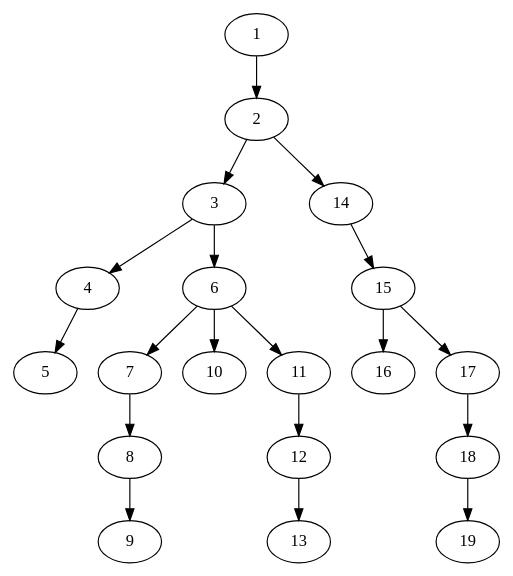
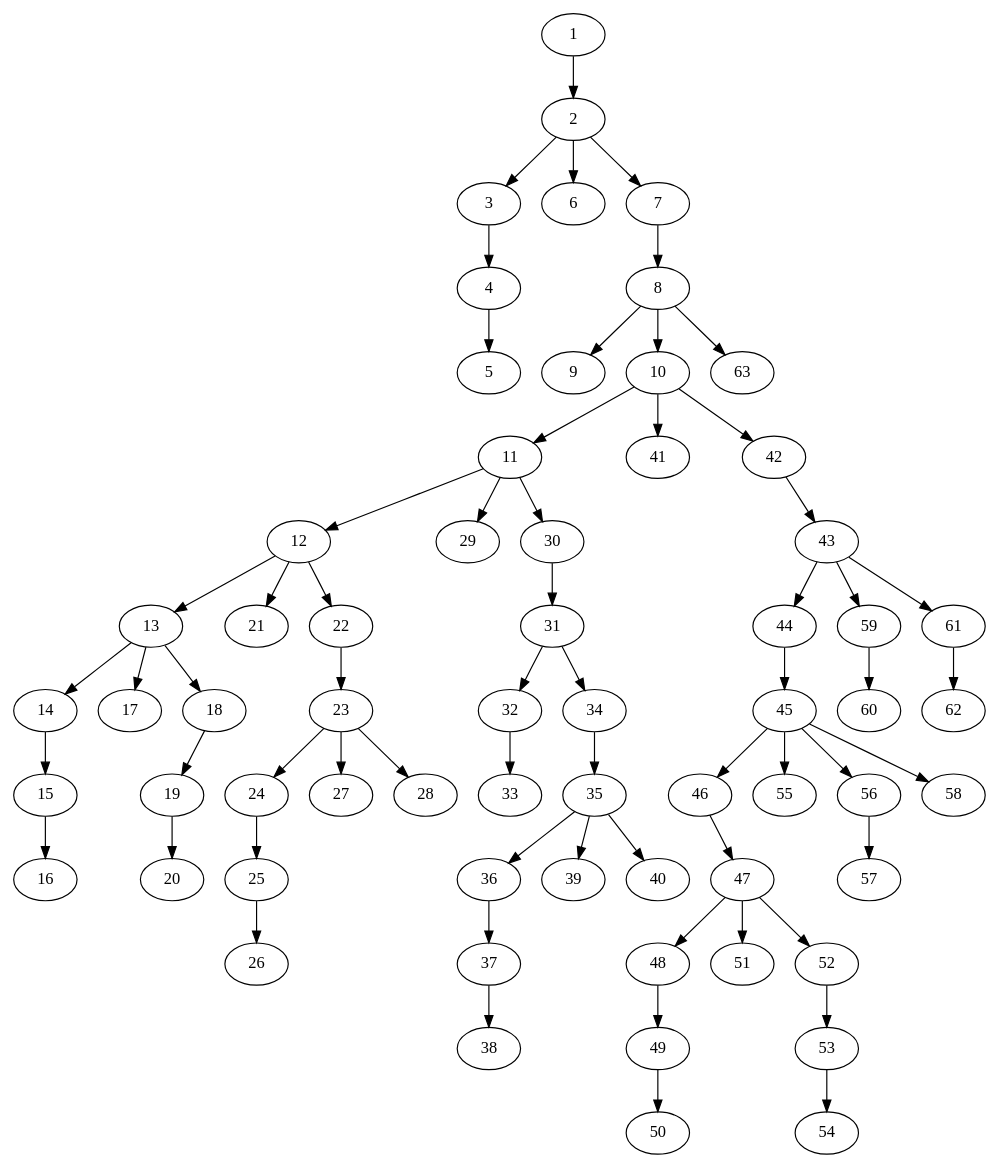
Before and after one commit to Ajax12345/caspian-lang: the diagram in caspian/src/ast_stuff.dot, drawn with Graphviz. The commit also changed 3 other files, not shown here.

```diff
--- a/caspian/src/ast_stuff.dot
+++ b/caspian/src/ast_stuff.dot
@@ -1,20 +1,64 @@
 strict digraph "" {
 	1 -> 2;
 	2 -> 3;
-	2 -> 14;
+	2 -> 6;
+	2 -> 7;
 	3 -> 4;
-	3 -> 6;
 	4 -> 5;
-	6 -> 7;
-	6 -> 10;
-	6 -> 11;
 	7 -> 8;
 	8 -> 9;
+	8 -> 10;
+	8 -> 63;
+	10 -> 11;
+	10 -> 41;
+	10 -> 42;
 	11 -> 12;
+	11 -> 29;
+	11 -> 30;
 	12 -> 13;
+	12 -> 21;
+	12 -> 22;
+	13 -> 14;
+	13 -> 17;
+	13 -> 18;
 	14 -> 15;
 	15 -> 16;
-	15 -> 17;
-	17 -> 18;
 	18 -> 19;
+	19 -> 20;
+	22 -> 23;
+	23 -> 24;
+	23 -> 27;
+	23 -> 28;
+	24 -> 25;
+	25 -> 26;
+	30 -> 31;
+	31 -> 32;
+	31 -> 34;
+	32 -> 33;
+	34 -> 35;
+	35 -> 36;
+	35 -> 39;
+	35 -> 40;
+	36 -> 37;
+	37 -> 38;
+	42 -> 43;
+	43 -> 44;
+	43 -> 59;
+	43 -> 61;
+	44 -> 45;
+	45 -> 46;
+	45 -> 55;
+	45 -> 56;
+	45 -> 58;
+	46 -> 47;
+	47 -> 48;
+	47 -> 51;
+	47 -> 52;
+	48 -> 49;
+	49 -> 50;
+	52 -> 53;
+	53 -> 54;
+	56 -> 57;
+	59 -> 60;
+	61 -> 62;
 }
```
